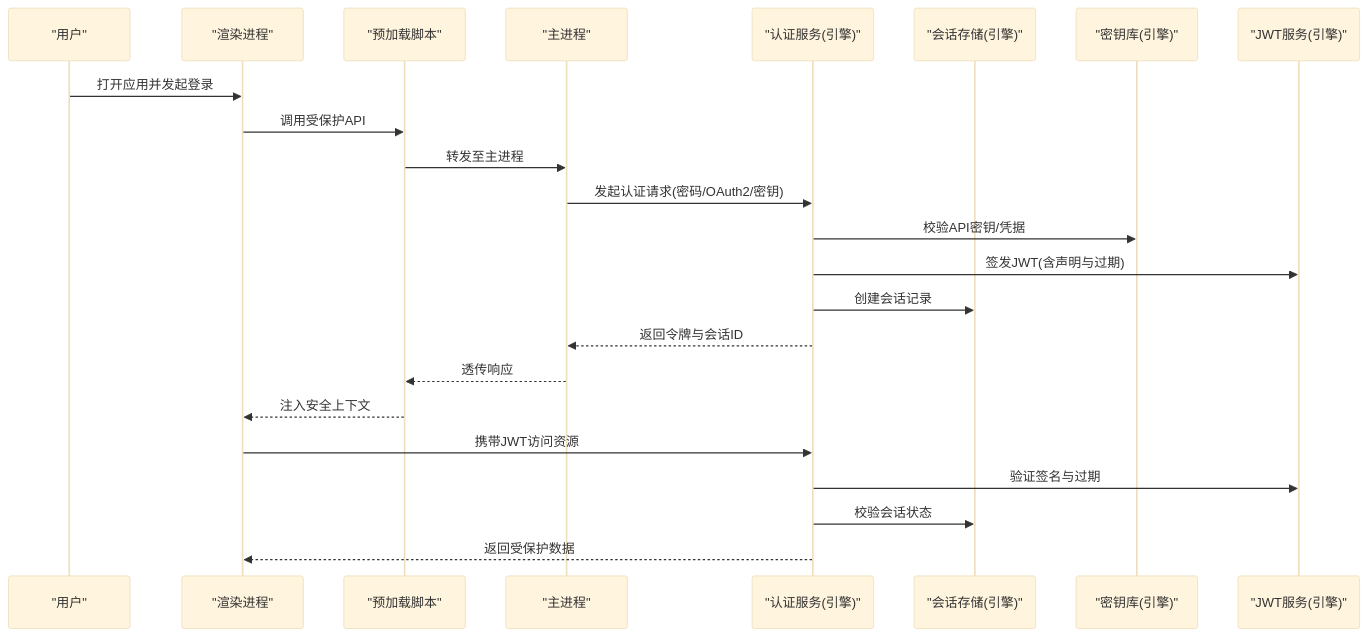
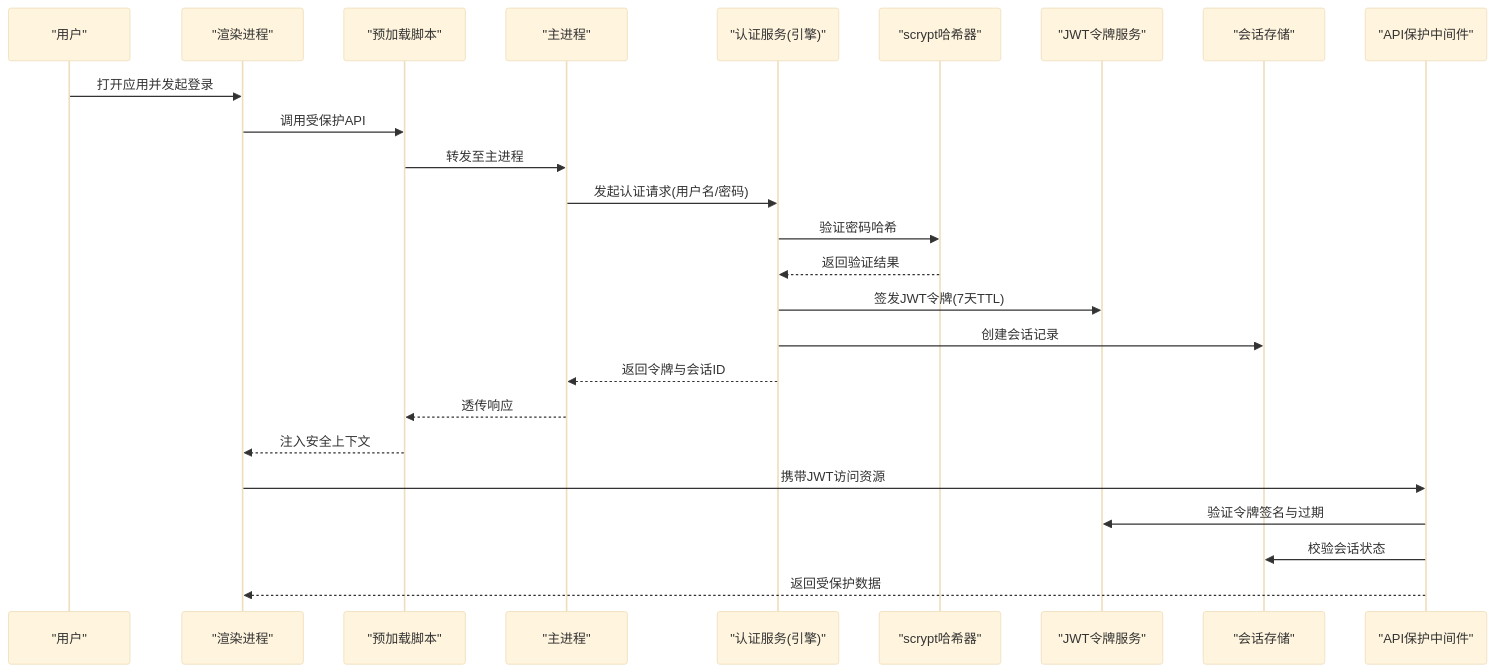
One commit to kkutysllb/KCoder changed the second of 7 diagrams in .qoder/repowiki/zh/content/适配器层/网络适配器/网络安全机制/身份认证机制.md. Above: the diagram before and after it, drawn with Mermaid (base theme). The commit also changed other lines of this file and 141 other files, not shown here.

````diff
--- a/.qoder/repowiki/zh/content/适配器层/网络适配器/网络安全机制/身份认证机制.md
+++ b/.qoder/repowiki/zh/content/适配器层/网络适配器/网络安全机制/身份认证机制.md
@@ -81,25 +90,27 @@
 ```mermaid
 sequenceDiagram
 participant User as "用户"
 participant Renderer as "渲染进程"
 participant Preload as "预加载脚本"
 participant Main as "主进程"
 participant Auth as "认证服务(引擎)"
-participant Store as "会话存储(引擎)"
-participant KeyStore as "密钥库(引擎)"
-participant Token as "JWT服务(引擎)"
+participant Hasher as "scrypt哈希器"
+participant Token as "JWT令牌服务"
+participant Store as "会话存储"
+participant Middleware as "API保护中间件"
 User->>Renderer : 打开应用并发起登录
 Renderer->>Preload : 调用受保护API
 Preload->>Main : 转发至主进程
-Main->>Auth : 发起认证请求(密码/OAuth2/密钥)
-Auth->>KeyStore : 校验API密钥/凭据
-Auth->>Token : 签发JWT(含声明与过期)
+Main->>Auth : 发起认证请求(用户名/密码)
+Auth->>Hasher : 验证密码哈希
+Hasher-->>Auth : 返回验证结果
+Auth->>Token : 签发JWT令牌(7天TTL)
 Auth->>Store : 创建会话记录
 Auth-->>Main : 返回令牌与会话ID
 Main-->>Preload : 透传响应
 Preload-->>Renderer : 注入安全上下文
-Renderer->>Auth : 携带JWT访问资源
-Auth->>Token : 验证签名与过期
-Auth->>Store : 校验会话状态
-Auth-->>Renderer : 返回受保护数据
+Renderer->>Middleware : 携带JWT访问资源
+Middleware->>Token : 验证令牌签名与过期
+Middleware->>Store : 校验会话状态
+Middleware-->>Renderer : 返回受保护数据
 ```
````
